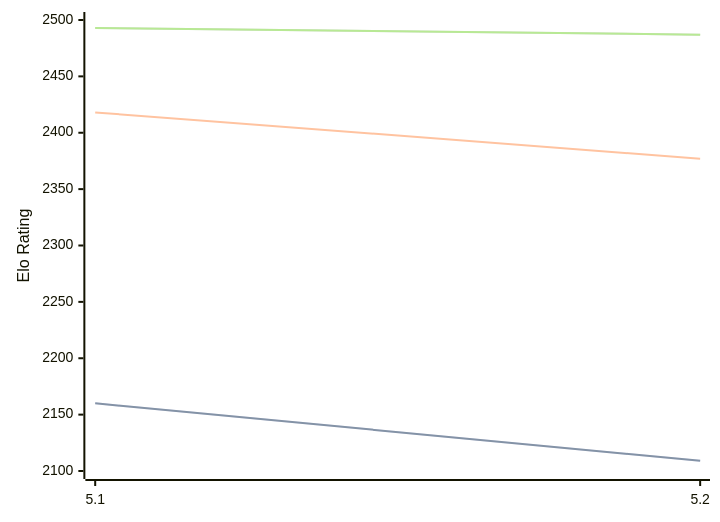
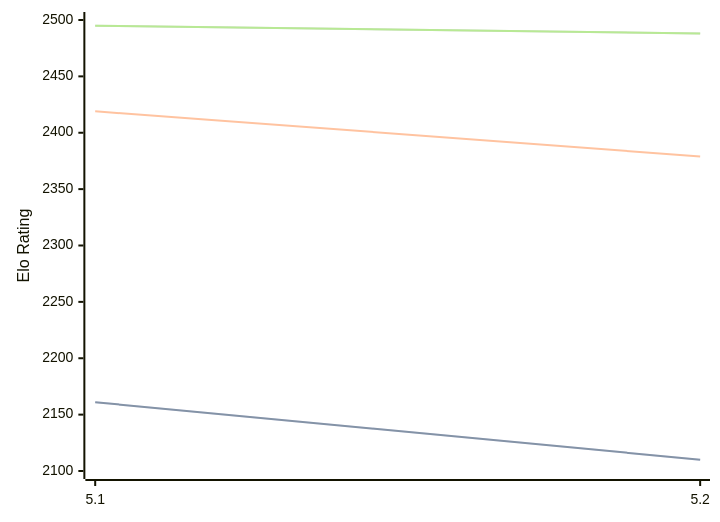
Before and after one commit to computer-chess-index/cci: the diagram in engines/Prophet.md, drawn with Mermaid. The commit also changed other lines of this file, not shown here.

Commit message:
Update CCI Ratings (ELO VLTC) - 2026-08-22

````diff
--- a/engines/Prophet.md
+++ b/engines/Prophet.md
@@ -32,11 +32,11 @@
 ```mermaid
 %%{init: {"theme":"base","themeVariables":{"seriesColors:['#a3a3a3','#222221','#faa371']}}}%%
 xychart-beta
   x-axis ["5.1", "5.2"]
   y-axis "Elo Rating" 2100 --> 2500
-  line "STC (8.0+0.08s)" [2160, 2109]
-  line "STC (8.0+0.08s)" [2160, 2109]
-  line "LTC (60.0+0.60s)" [2418, 2377]
-  line "VLTC (2m24s+1.12s)" [2493, 2487]
-  line "VLTC (2m24s+1.12s)" [2493, 2487]
+  line "STC (8.0+0.08s)" [2161, 2110]
+  line "STC (8.0+0.08s)" [2161, 2110]
+  line "LTC (60.0+0.60s)" [2419, 2379]
+  line "VLTC (2m24s+1.12s)" [2495, 2488]
+  line "VLTC (2m24s+1.12s)" [2495, 2488]
 ```
````
